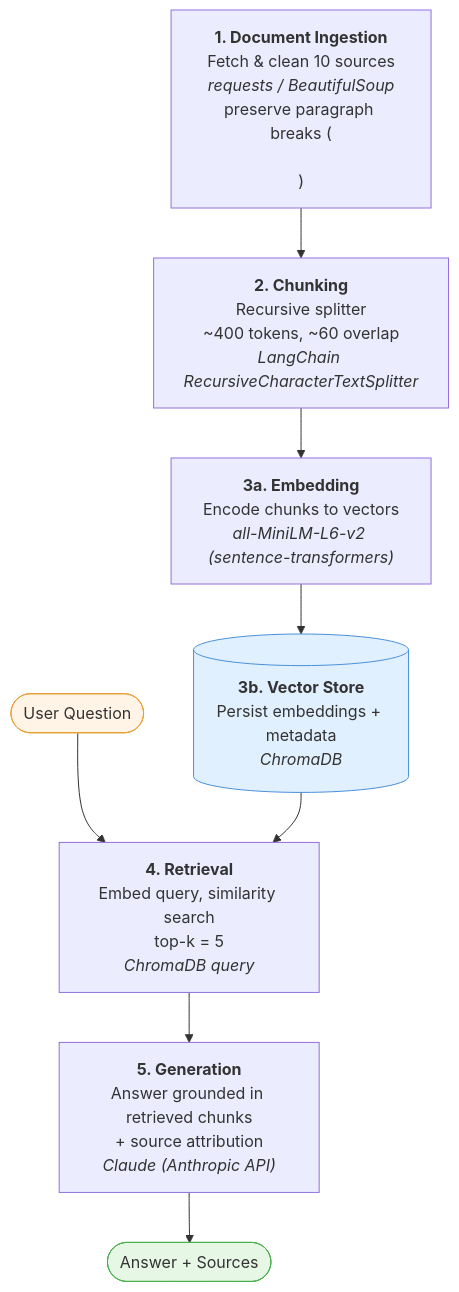
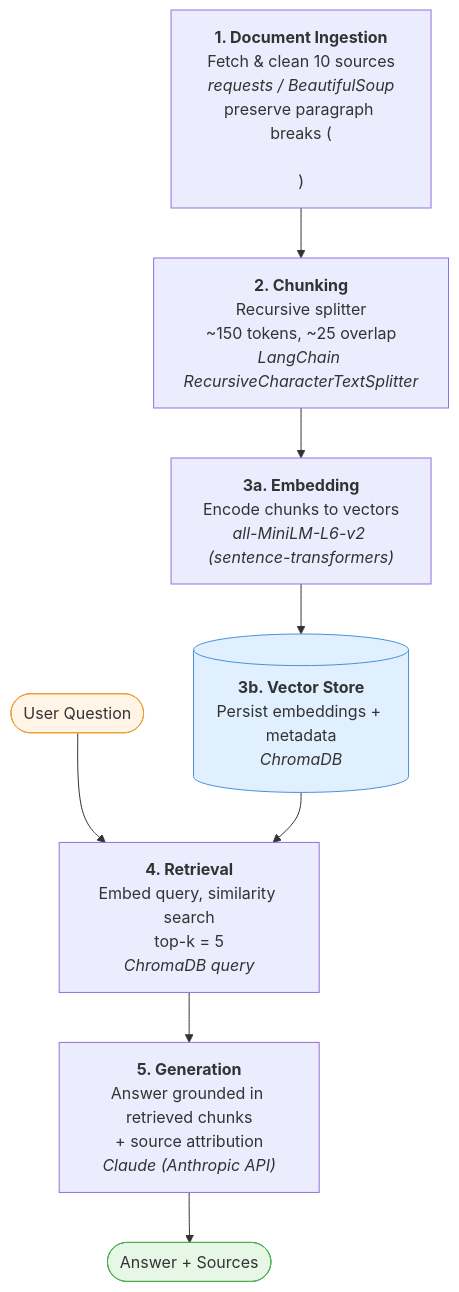
Before and after one commit to CHUAIXU9804/ai201-project1-unofficial-guide-starter: the diagram in planning.md, drawn with Mermaid. The commit also changed other lines of this file and 16 other files, not shown here.

````diff
--- a/planning.md
+++ b/planning.md
@@ -119,17 +119,17 @@
 ```mermaid
 flowchart TD
     A["<b>1. Document Ingestion</b><br/>Fetch & clean 10 sources<br/><i>requests / BeautifulSoup</i><br/>preserve paragraph breaks (\n\n)"]
-    B["<b>2. Chunking</b><br/>Recursive splitter<br/>~400 tokens, ~60 overlap<br/><i>LangChain RecursiveCharacterTextSplitter</i>"]
+    B["<b>2. Chunking</b><br/>Recursive splitter<br/>~150 tokens, ~25 overlap<br/><i>LangChain RecursiveCharacterTextSplitter</i>"]
     C["<b>3a. Embedding</b><br/>Encode chunks to vectors<br/><i>all-MiniLM-L6-v2 (sentence-transformers)</i>"]
     D[("<b>3b. Vector Store</b><br/>Persist embeddings + metadata<br/><i>ChromaDB</i>")]
     E["<b>4. Retrieval</b><br/>Embed query, similarity search<br/>top-k = 5<br/><i>ChromaDB query</i>"]
     F["<b>5. Generation</b><br/>Answer grounded in retrieved chunks<br/>+ source attribution<br/><i>Claude (Anthropic API)</i>"]
 
     A --> B --> C --> D
     Q(["User Question"]) --> E
     D --> E --> F --> ANS(["Answer + Sources"])
 
     style D fill:#e1f0ff,stroke:#4a90d9
     style Q fill:#fff4e6,stroke:#e8a13a
     style ANS fill:#e6f7e6,stroke:#4caf50
 ```
````
